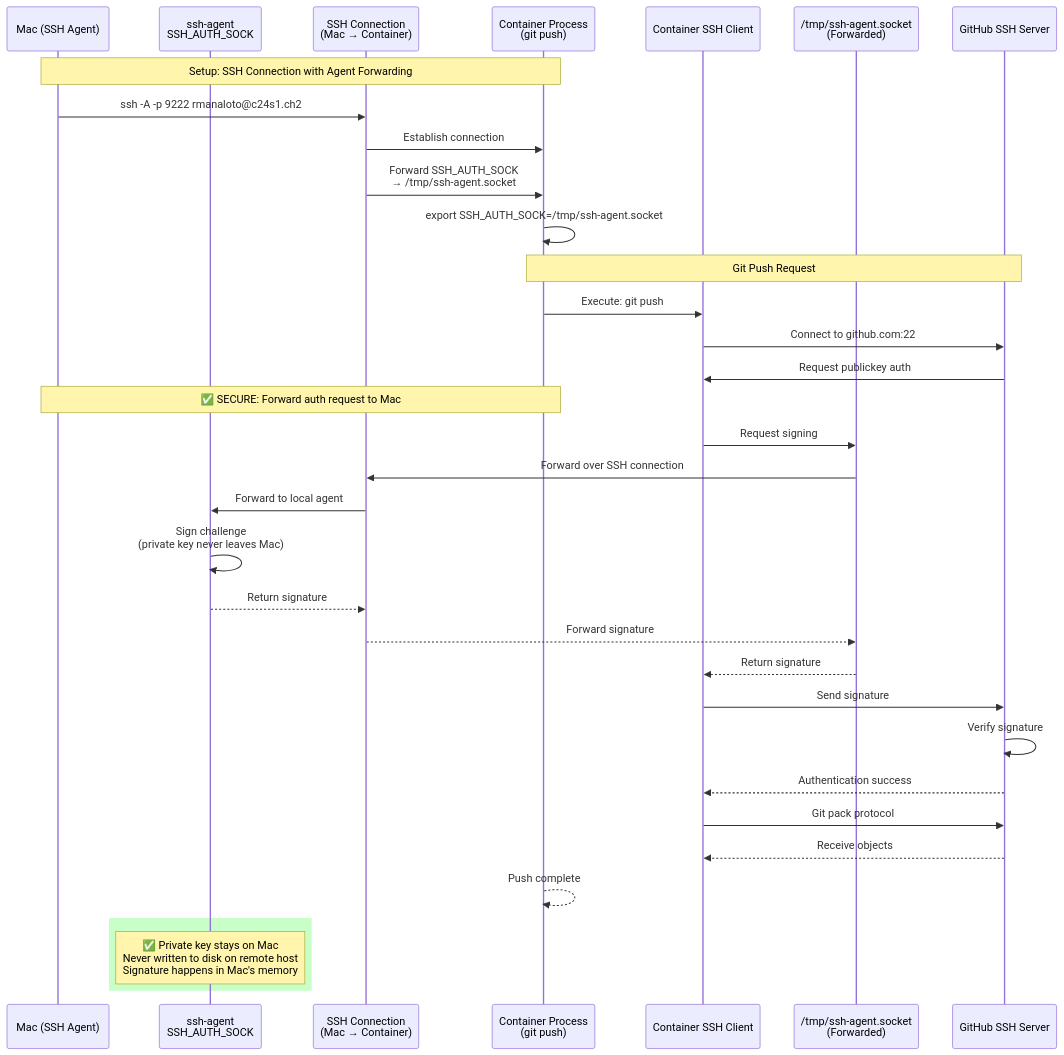
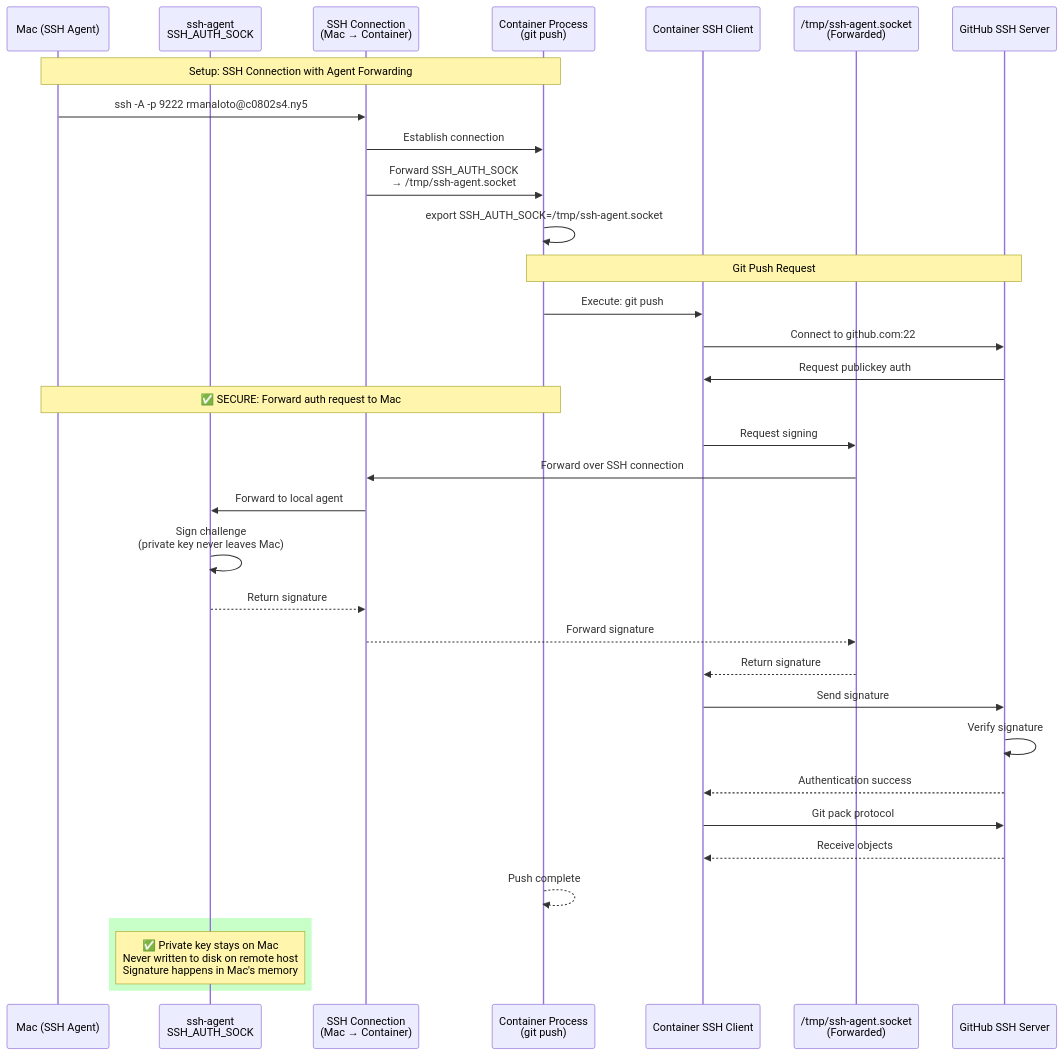
One commit to rmanaloto-tastytrade/SlotMap changed the tenth of 23 diagrams in docs/WORKFLOW_DIAGRAMS.md. Above: the diagram before and after it, drawn with Mermaid. The commit also changed other lines of this file and 14 other files, not shown here.

````diff
--- a/docs/WORKFLOW_DIAGRAMS.md
+++ b/docs/WORKFLOW_DIAGRAMS.md
@@ -467,43 +467,43 @@
 ```mermaid
 sequenceDiagram
     participant Mac as Mac (SSH Agent)
     participant MacAgent as ssh-agent<br/>SSH_AUTH_SOCK
     participant SSHTunnel as SSH Connection<br/>(Mac → Container)
     participant Container as Container Process<br/>(git push)
     participant ContainerSSH as Container SSH Client
     participant ForwardedSock as /tmp/ssh-agent.socket<br/>(Forwarded)
     participant GitHub as GitHub SSH Server
 
     Note over Mac,Container: Setup: SSH Connection with Agent Forwarding
-    Mac->>SSHTunnel: ssh -A -p 9222 rmanaloto@c24s1.ch2
+    Mac->>SSHTunnel: ssh -A -p 9222 rmanaloto@c0802s4.ny5
     SSHTunnel->>Container: Establish connection
     SSHTunnel->>Container: Forward SSH_AUTH_SOCK<br/>→ /tmp/ssh-agent.socket
     Container->>Container: export SSH_AUTH_SOCK=/tmp/ssh-agent.socket
 
     Note over Container,GitHub: Git Push Request
     Container->>ContainerSSH: Execute: git push
     ContainerSSH->>GitHub: Connect to github.com:22
     GitHub->>ContainerSSH: Request publickey auth
 
     Note over Container,Mac: ✅ SECURE: Forward auth request to Mac
     ContainerSSH->>ForwardedSock: Request signing
     ForwardedSock->>SSHTunnel: Forward over SSH connection
     SSHTunnel->>MacAgent: Forward to local agent
 
     MacAgent->>MacAgent: Sign challenge<br/>(private key never leaves Mac)
     MacAgent-->>SSHTunnel: Return signature
     SSHTunnel-->>ForwardedSock: Forward signature
     ForwardedSock-->>ContainerSSH: Return signature
 
     ContainerSSH->>GitHub: Send signature
     GitHub->>GitHub: Verify signature
     GitHub-->>ContainerSSH: Authentication success
 
     ContainerSSH->>GitHub: Git pack protocol
     GitHub-->>ContainerSSH: Receive objects
     Container-->>Container: Push complete
 
     rect rgb(200, 255, 200)
         Note over MacAgent: ✅ Private key stays on Mac<br/>Never written to disk on remote host<br/>Signature happens in Mac's memory
     end
 ```
````
